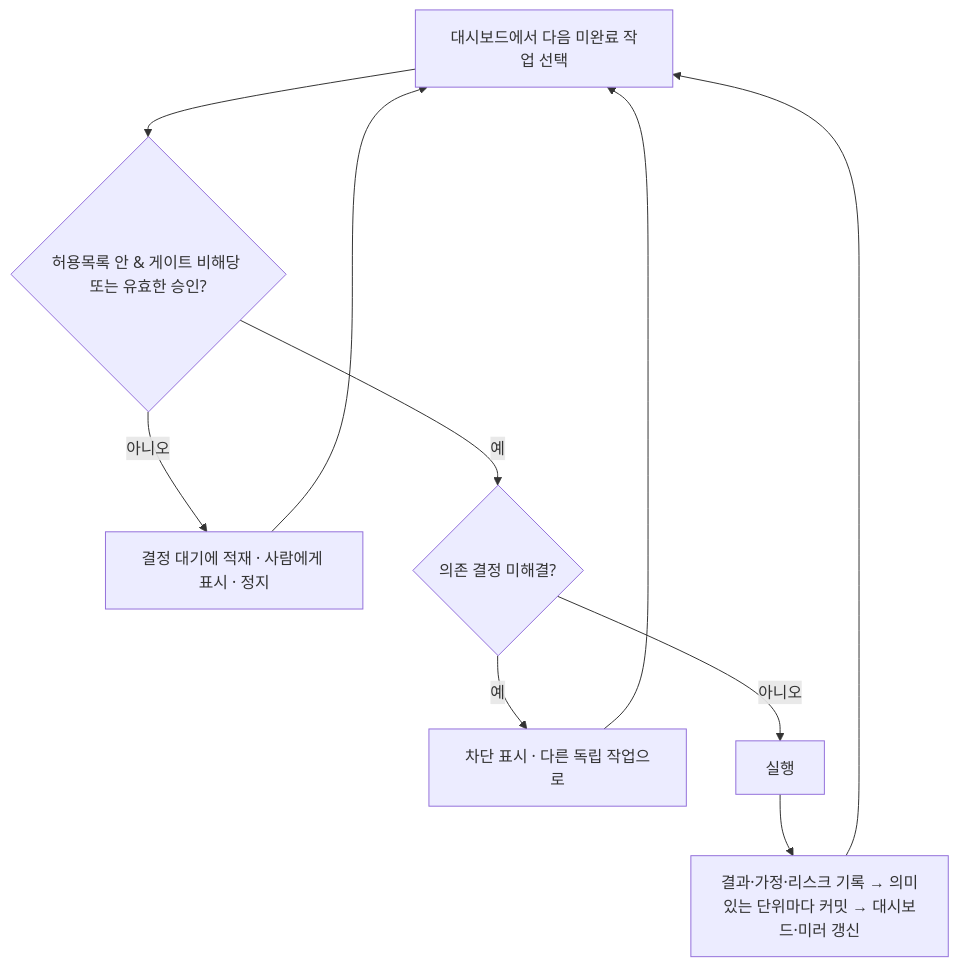
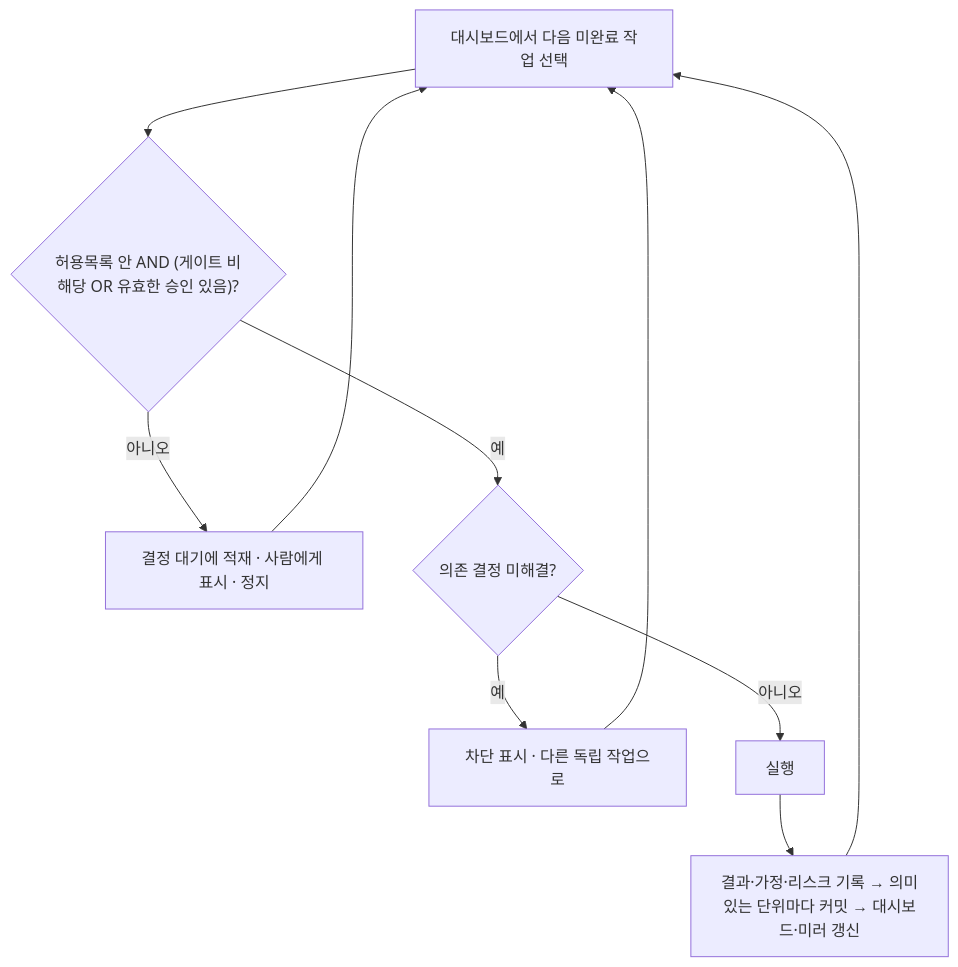
One commit to chquandogong/Quetzalcoatl changed the second of 3 diagrams in dist/Quetzalcoatl-FULL.md. Above: the diagram before and after it, drawn with Mermaid. The commit also changed other lines of this file and 6 other files, not shown here.

````diff
--- a/dist/Quetzalcoatl-FULL.md
+++ b/dist/Quetzalcoatl-FULL.md
@@ -793,12 +793,12 @@
 ```mermaid
 flowchart TD
-  A[대시보드에서 다음 미완료 작업 선택] --> B{허용목록 안 & 게이트 비해당 또는 유효한 승인?}
+  A[대시보드에서 다음 미완료 작업 선택] --> B{"허용목록 안 AND (게이트 비해당 OR 유효한 승인 있음)?"}
   B -- 아니오 --> G[결정 대기에 적재 · 사람에게 표시 · 정지]
   B -- 예 --> C{의존 결정 미해결?}
   C -- 예 --> D[차단 표시 · 다른 독립 작업으로]
   C -- 아니오 --> E[실행]
   E --> F[결과·가정·리스크 기록 → 의미있는 단위마다 커밋 → 대시보드·미러 갱신]
   F --> A
   G --> A
   D --> A
 ```
````
